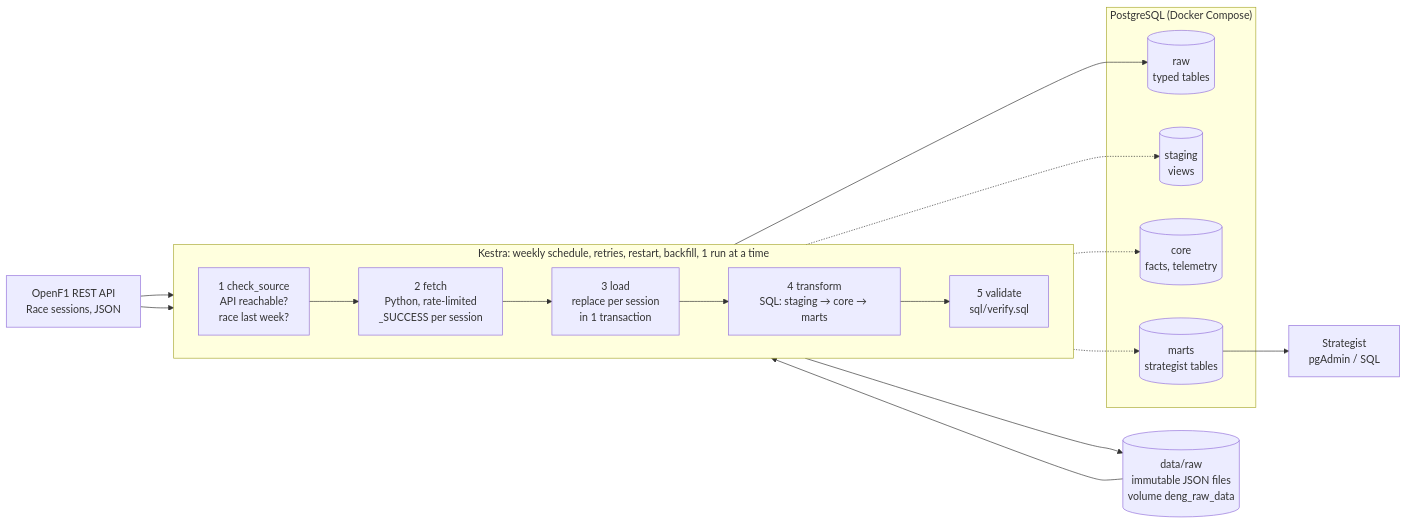
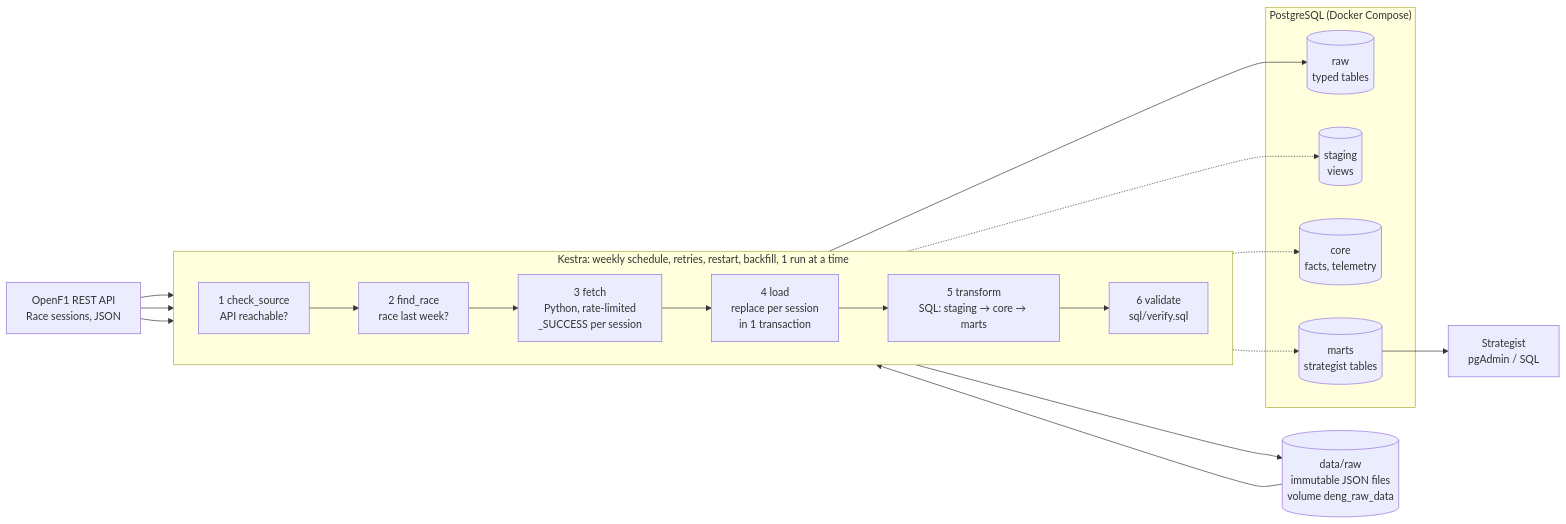
One commit to FloHoliday/DENG changed the diagram in README.md. Above: the diagram before and after it, drawn with Mermaid. The commit also changed other lines of this file and 4 other files, not shown here.

Commit message:
refactor: split check_source to separate find_race

````diff
--- a/README.md
+++ b/README.md
@@ -470,29 +474,31 @@
 ```mermaid
 flowchart LR
     source["OpenF1 REST API<br/>Race sessions, JSON"]
 
     subgraph kestra["Kestra: weekly schedule, retries, restart, backfill, 1 run at a time"]
         direction LR
-        check["1 check_source<br/>API reachable?<br/>race last week?"]
-        fetch["2 fetch<br/>Python, rate-limited<br/>_SUCCESS per session"]
-        load["3 load<br/>replace per session<br/>in 1 transaction"]
-        transform["4 transform<br/>SQL: staging → core → marts"]
-        validate["5 validate<br/>sql/verify.sql"]
-        check --> fetch --> load --> transform --> validate
+        check["1 check_source<br/>API reachable?"]
+        find["2 find_race<br/>race last week?"]
+        fetch["3 fetch<br/>Python, rate-limited<br/>_SUCCESS per session"]
+        load["4 load<br/>replace per session<br/>in 1 transaction"]
+        transform["5 transform<br/>SQL: staging → core → marts"]
+        validate["6 validate<br/>sql/verify.sql"]
+        check --> find --> fetch --> load --> transform --> validate
     end
 
     raw[("data/raw<br/>immutable JSON files<br/>volume deng_raw_data")]
     subgraph pg["PostgreSQL (Docker Compose)"]
         rawdb[("raw<br/>typed tables")]
         staging[("staging<br/>views")]
         core[("core<br/>facts, telemetry")]
         marts[("marts<br/>strategist tables")]
     end
     user["Strategist<br/>pgAdmin / SQL"]
 
     source --> check
+    source --> find
     source --> fetch
     fetch --> raw --> load --> rawdb
     transform -.-> staging & core & marts
     marts --> user
 ```
````
